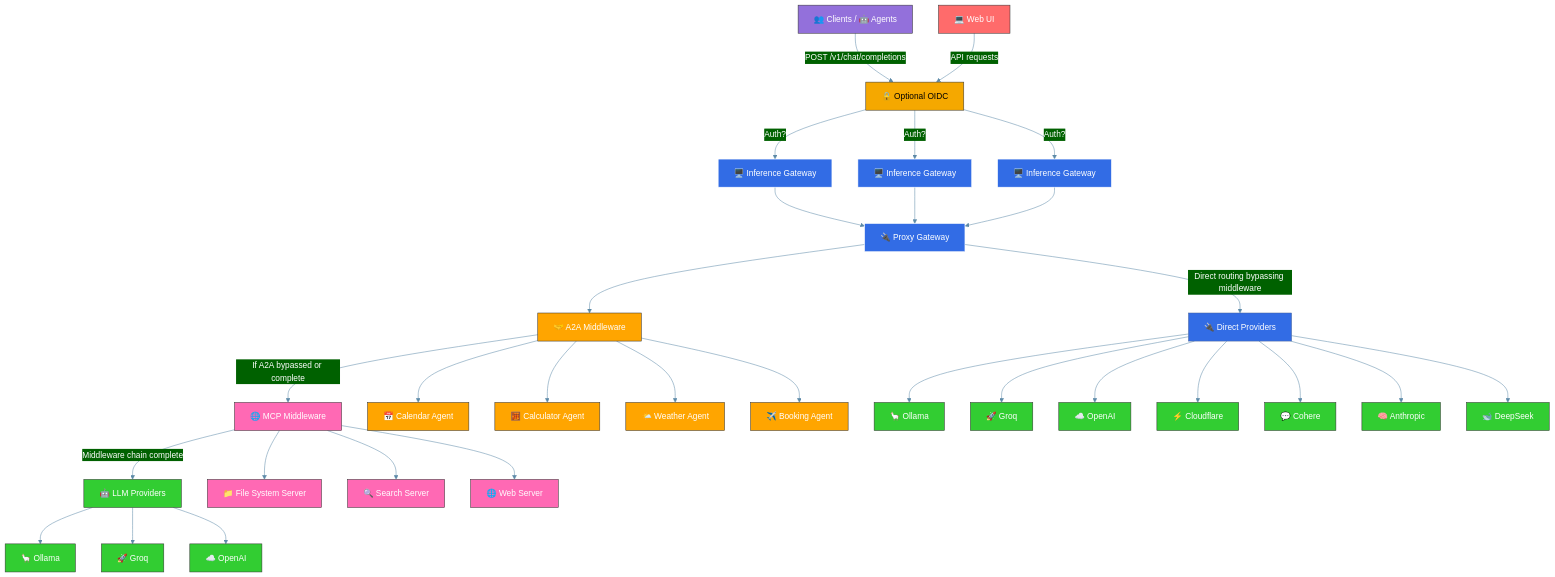
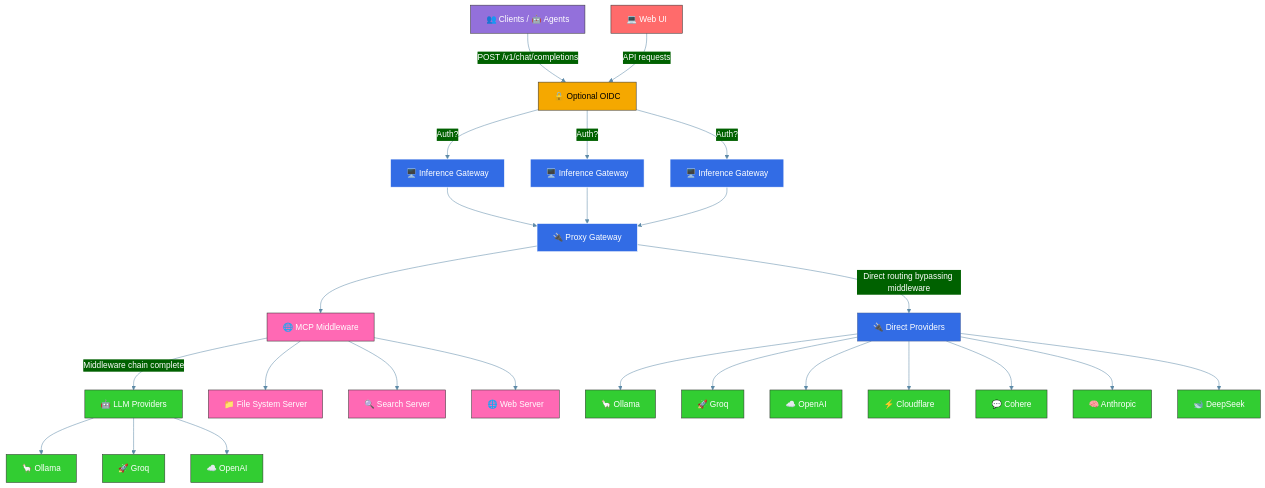
The diagram in README.md (sammcj/inference-gateway), drawn with Mermaid before and after one commit. The commit also changed other lines of this file and 103 other files, not shown here.

````diff
--- a/README.md
+++ b/README.md
@@ -95,69 +93,60 @@
 ```mermaid
 %%{init: {'theme': 'base', 'themeVariables': { 'primaryColor': '#326CE5', 'primaryTextColor': '#fff', 'lineColor': '#5D8AA8', 'secondaryColor': '#006100' }, 'fontFamily': 'Arial', 'flowchart': {'nodeSpacing': 50, 'rankSpacing': 70, 'padding': 15}}}%%
 
 
 graph TD
     %% Client nodes
     A["👥 Clients / 🤖 Agents"] --> |POST /v1/chat/completions| Auth
     UI["💻 Web UI"] --> |API requests| Auth
 
     %% Auth node
     Auth["🔒 Optional OIDC"] --> |Auth?| IG1
     Auth --> |Auth?| IG2
     Auth --> |Auth?| IG3
 
     %% Gateway nodes
     IG1["🖥️ Inference Gateway"] --> P
     IG2["🖥️ Inference Gateway"] --> P
     IG3["🖥️ Inference Gateway"] --> P
 
-    %% Middleware Processing (Sequential) and Direct Routing
-    P["🔌 Proxy Gateway"] --> A2A["🤝 A2A Middleware"]
+    %% Middleware Processing and Direct Routing
+    P["🔌 Proxy Gateway"] --> MCP["🌐 MCP Middleware"]
     P --> |"Direct routing bypassing middleware"| Direct["🔌 Direct Providers"]
-    A2A --> |"If A2A bypassed or complete"| MCP["🌐 MCP Middleware"]
     MCP --> |"Middleware chain complete"| Providers["🤖 LLM Providers"]
 
-    %% A2A External Agents (First Layer)
-    A2A --> A2A1["📅 Calendar Agent"]
-    A2A --> A2A2["🧮 Calculator Agent"]
-    A2A --> A2A3["🌤️ Weather Agent"]
-    A2A --> A2A4["✈️ Booking Agent"]
-
-    %% MCP Tool Servers (Second Layer)
+    %% MCP Tool Servers
     MCP --> MCP1["📁 File System Server"]
     MCP --> MCP2["🔍 Search Server"]
     MCP --> MCP3["🌐 Web Server"]
 
     %% LLM Providers (Middleware Enhanced)
     Providers --> C1["🦙 Ollama"]
     Providers --> D1["🚀 Groq"]
     Providers --> E1["☁️ OpenAI"]
 
     %% Direct Providers (Bypass Middleware)
     Direct --> C["🦙 Ollama"]
     Direct --> D["🚀 Groq"]
     Direct --> E["☁️ OpenAI"]
     Direct --> G["⚡ Cloudflare"]
     Direct --> H1["💬 Cohere"]
     Direct --> H2["🧠 Anthropic"]
     Direct --> H3["🐋 DeepSeek"]
 
     %% Define styles
     classDef client fill:#9370DB,stroke:#333,stroke-width:1px,color:white;
     classDef auth fill:#F5A800,stroke:#333,stroke-width:1px,color:black;
     classDef gateway fill:#326CE5,stroke:#fff,stroke-width:1px,color:white;
     classDef provider fill:#32CD32,stroke:#333,stroke-width:1px,color:white;
     classDef ui fill:#FF6B6B,stroke:#333,stroke-width:1px,color:white;
     classDef mcp fill:#FF69B4,stroke:#333,stroke-width:1px,color:white;
-    classDef a2a fill:#FFA500,stroke:#333,stroke-width:1px,color:white;
 
     %% Apply styles
     class A client;
     class UI ui;
     class Auth auth;
     class IG1,IG2,IG3,P gateway;
     class C,D,E,G,H1,H2,H3,C1,D1,E1,Providers provider;
     class MCP,MCP1,MCP2,MCP3 mcp;
-    class A2A,A2A1,A2A2,A2A3,A2A4 a2a;
     class Direct direct;
 ```
````
